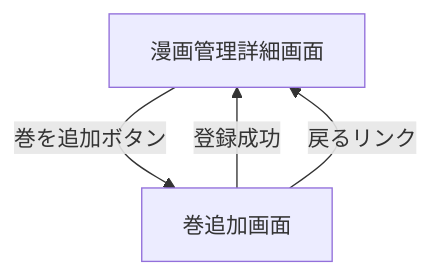
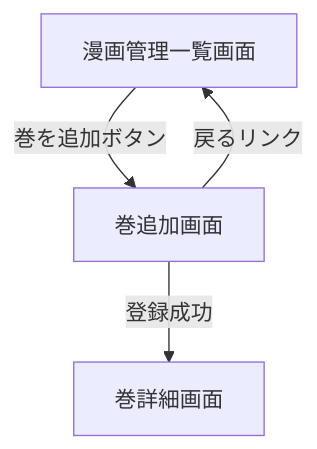
One commit to gumi-umauma/commic-viwer changed the diagram in docs/spec/admin/volume-register.md. Above: the diagram before and after it, drawn with Mermaid. The commit also changed other lines of this file and 10 other files, not shown here.

````diff
--- a/docs/spec/admin/volume-register.md
+++ b/docs/spec/admin/volume-register.md
@@ -63,6 +67,6 @@
 ```mermaid
 graph TD
-  A[漫画管理詳細画面] -->|巻を追加ボタン| B[巻追加画面]
-  B -->|登録成功| A
+  A[漫画管理一覧画面] -->|巻を追加ボタン| B[巻追加画面]
+  B -->|登録成功| C[巻詳細画面]
   B -->|戻るリンク| A
 ```
````
